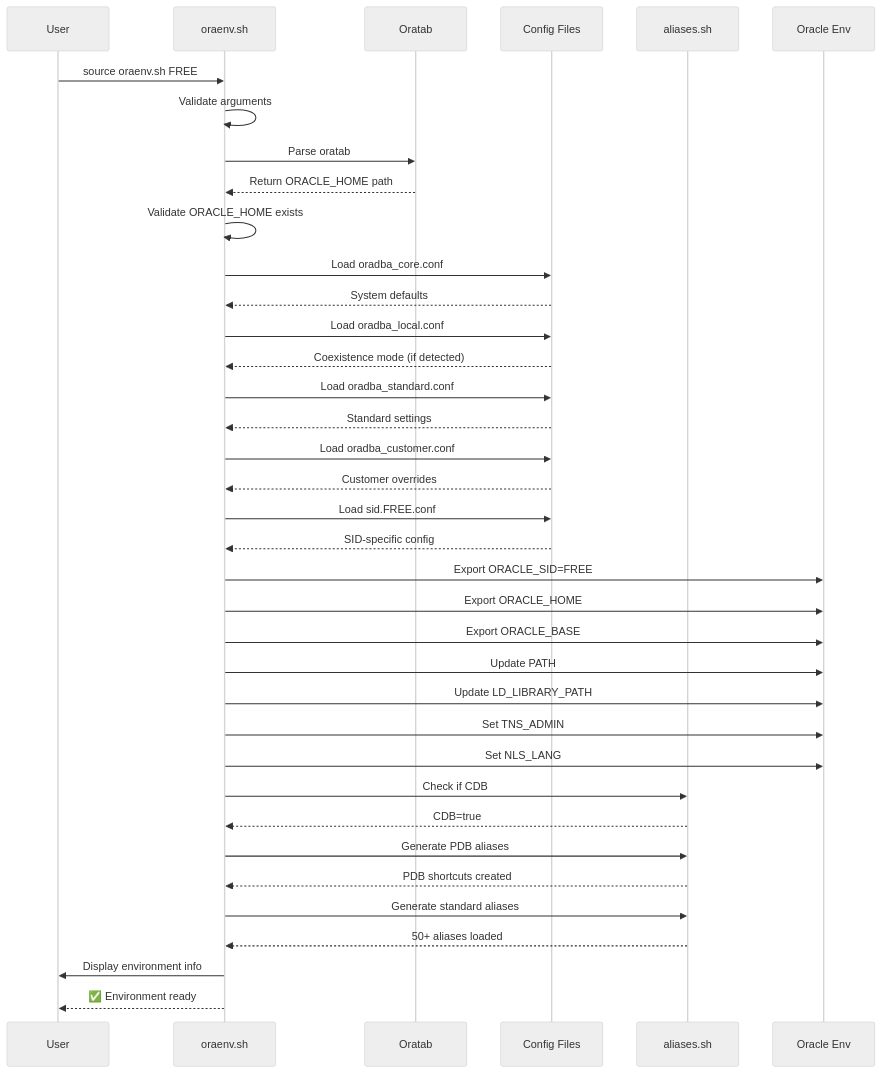
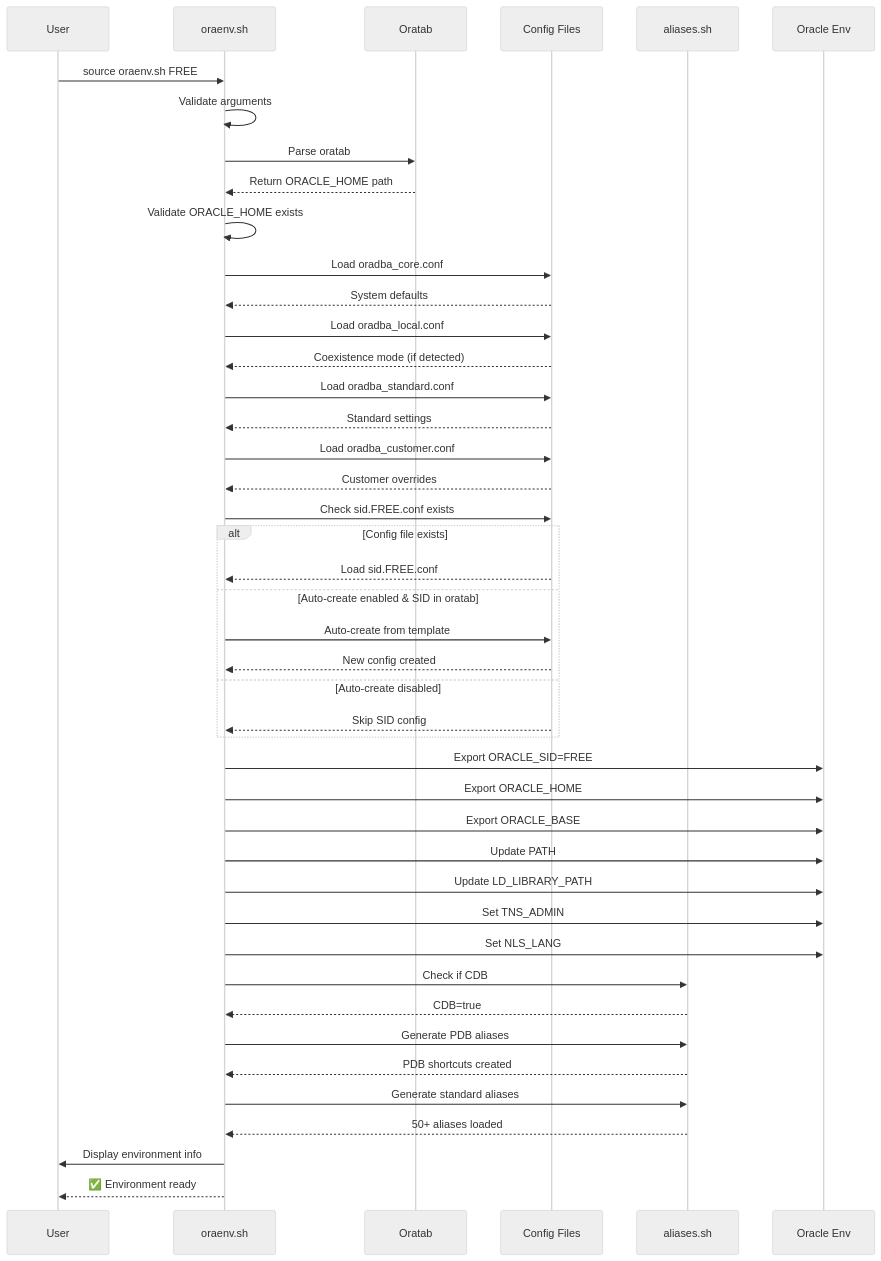
Before and after one commit to oehrlis/oradba: the ninth of 12 diagrams in doc/images/source/diagrams-mermaid.md, drawn with Mermaid (neutral theme). The commit also changed other lines of this file and 1 other file, not shown here.

First line of the commit message:
docs: Update Mermaid diagrams for v0.14.0 changes

````diff
--- a/doc/images/source/diagrams-mermaid.md
+++ b/doc/images/source/diagrams-mermaid.md
@@ -508,52 +512,59 @@
 ```mermaid
 sequenceDiagram
     participant User
     participant oraenv.sh
     participant Oratab
     participant Config as Config Files
     participant Aliases as aliases.sh
     participant Oracle as Oracle Env
     
     User->>oraenv.sh: source oraenv.sh FREE
     oraenv.sh->>oraenv.sh: Validate arguments
     
     oraenv.sh->>Oratab: Parse oratab
     Oratab-->>oraenv.sh: Return ORACLE_HOME path
     
     oraenv.sh->>oraenv.sh: Validate ORACLE_HOME exists
     
     oraenv.sh->>Config: Load oradba_core.conf
     Config-->>oraenv.sh: System defaults
     
     oraenv.sh->>Config: Load oradba_local.conf
     Config-->>oraenv.sh: Coexistence mode (if detected)
     
     oraenv.sh->>Config: Load oradba_standard.conf
     Config-->>oraenv.sh: Standard settings
     
     oraenv.sh->>Config: Load oradba_customer.conf
     Config-->>oraenv.sh: Customer overrides
     
-    oraenv.sh->>Config: Load sid.FREE.conf
-    Config-->>oraenv.sh: SID-specific config
+    oraenv.sh->>Config: Check sid.FREE.conf exists
+    alt Config file exists
+        Config-->>oraenv.sh: Load sid.FREE.conf
+    else Auto-create enabled & SID in oratab
+        oraenv.sh->>Config: Auto-create from template
+        Config-->>oraenv.sh: New config created
+    else Auto-create disabled
+        Config-->>oraenv.sh: Skip SID config
+    end
     
     oraenv.sh->>Oracle: Export ORACLE_SID=FREE
     oraenv.sh->>Oracle: Export ORACLE_HOME
     oraenv.sh->>Oracle: Export ORACLE_BASE
     oraenv.sh->>Oracle: Update PATH
     oraenv.sh->>Oracle: Update LD_LIBRARY_PATH
     oraenv.sh->>Oracle: Set TNS_ADMIN
     oraenv.sh->>Oracle: Set NLS_LANG
     
     oraenv.sh->>Aliases: Check if CDB
     Aliases-->>oraenv.sh: CDB=true
     
     oraenv.sh->>Aliases: Generate PDB aliases
     Aliases-->>oraenv.sh: PDB shortcuts created
     
     oraenv.sh->>Aliases: Generate standard aliases
     Aliases-->>oraenv.sh: 50+ aliases loaded
     
     oraenv.sh->>User: Display environment info
     oraenv.sh-->>User: ✅ Environment ready
 ```
````
